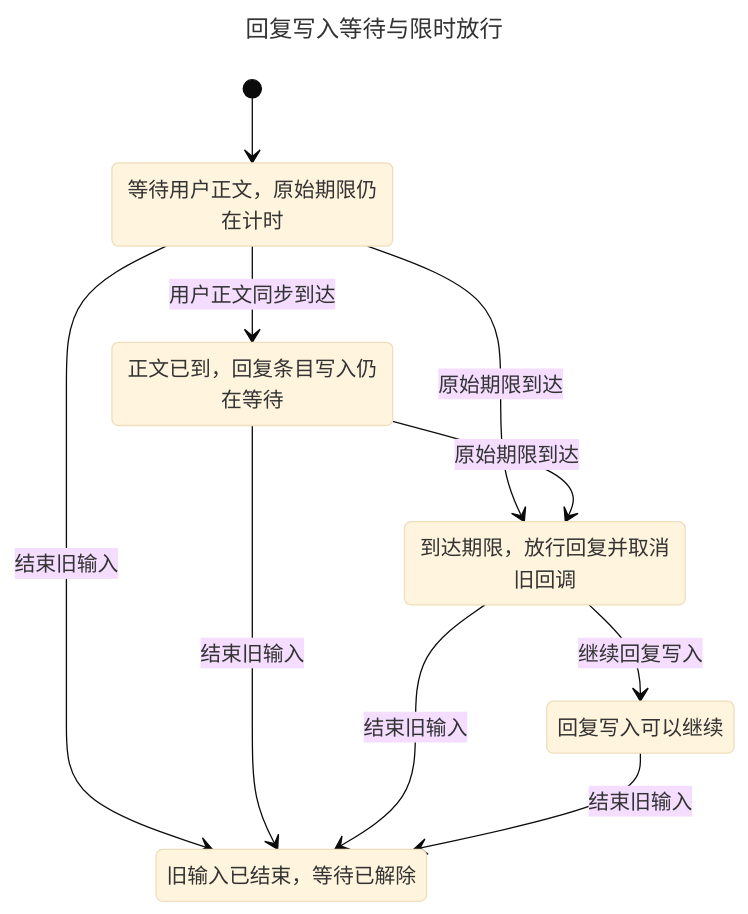
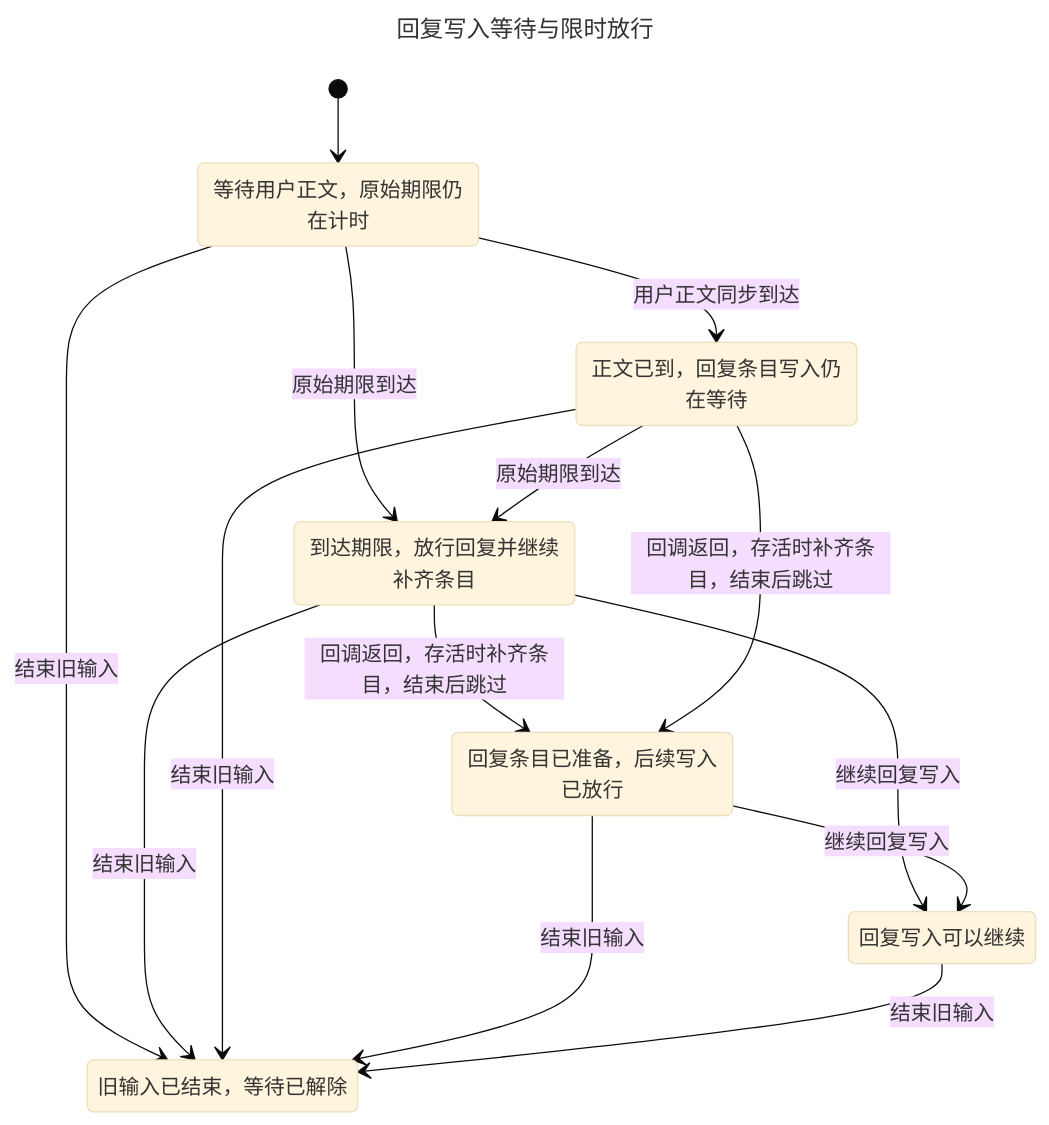
The diagram in .agents/skills/verify-session-execution/gate-chart.mmd (LodyAI/Lody), drawn with Mermaid (base theme) before and after one commit. The commit also changed 27 other files, not shown here.

```diff
--- a/.agents/skills/verify-session-execution/gate-chart.mmd
+++ b/.agents/skills/verify-session-execution/gate-chart.mmd
@@ -1,18 +1,23 @@
 ---
 title: "回复写入等待与限时放行"
 ---
 stateDiagram-v2
   s0: 等待用户正文#65292;原始期限仍在计时
-  s1: 旧输入已结束#65292;等待已解除
-  s2: 正文已到#65292;回复条目写入仍在等待
-  s3: 到达期限#65292;放行回复并取消旧回调
-  s4: 回复写入可以继续
+  s1: 到达期限#65292;放行回复并继续补齐条目
+  s2: 旧输入已结束#65292;等待已解除
+  s3: 正文已到#65292;回复条目写入仍在等待
+  s4: 回复条目已准备#65292;后续写入已放行
+  s5: 回复写入可以继续
   [*] --> s0
-  s0 --> s1: 结束旧输入
-  s0 --> s2: 用户正文同步到达
-  s0 --> s3: 原始期限到达
-  s2 --> s3: 原始期限到达
-  s2 --> s1: 结束旧输入
-  s3 --> s1: 结束旧输入
-  s3 --> s4: 继续回复写入
-  s4 --> s1: 结束旧输入
+  s0 --> s1: 原始期限到达
+  s0 --> s2: 结束旧输入
+  s0 --> s3: 用户正文同步到达
+  s1 --> s4: 回调返回#65292;存活时补齐条目#65292;结束后跳过
+  s1 --> s5: 继续回复写入
+  s1 --> s2: 结束旧输入
+  s3 --> s1: 原始期限到达
+  s3 --> s4: 回调返回#65292;存活时补齐条目#65292;结束后跳过
+  s3 --> s2: 结束旧输入
+  s4 --> s5: 继续回复写入
+  s4 --> s2: 结束旧输入
+  s5 --> s2: 结束旧输入
```
